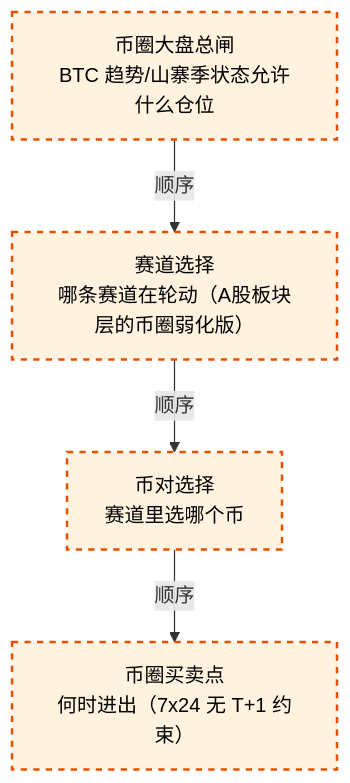
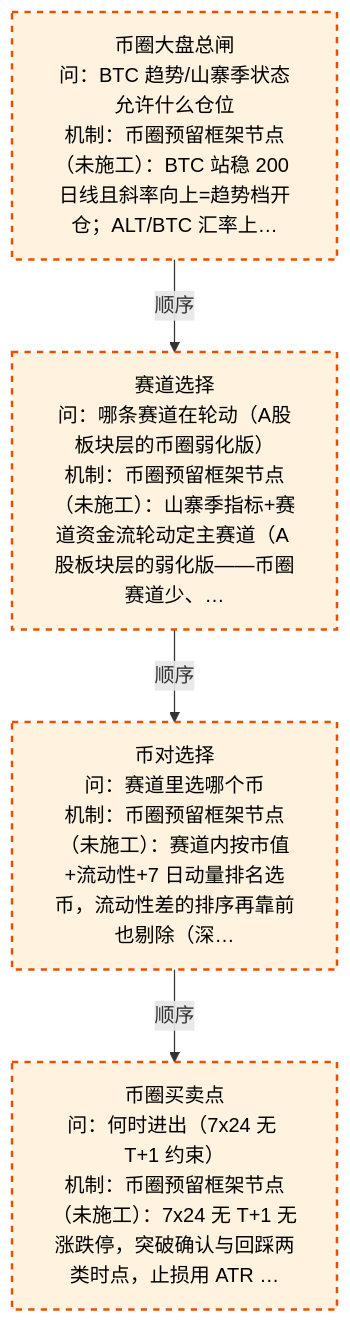
The diagram in docs/02_enterprise_architecture/10_trading_map/trading_map_00_panorama.md (xuanFelixVan/ZephyrAlpha), drawn with Mermaid before and after one commit. The commit also changed other lines of this file and 10 other files, not shown here.

````diff
--- a/docs/02_enterprise_architecture/10_trading_map/trading_map_00_panorama.md
+++ b/docs/02_enterprise_architecture/10_trading_map/trading_map_00_panorama.md
@@ -20,14 +21,14 @@
 ```mermaid
 flowchart TD
-  TDM_C_L1["币圈大盘总闸<br/>BTC 趋势/山寨季状态允许什么仓位"]
-  TDM_C_L2["赛道选择<br/>哪条赛道在轮动（A股板块层的币圈弱化版）"]
-  TDM_C_L3["币对选择<br/>赛道里选哪个币"]
-  TDM_C_L4["币圈买卖点<br/>何时进出（7x24 无 T+1 约束）"]
+  TDM_C_L1["币圈大盘总闸<br/>问：BTC 趋势/山寨季状态允许什么仓位<br/>机制：币圈预留框架节点（未施工）：BTC 站稳 200 日线且斜率向上=趋势档开仓；ALT/BTC 汇率上…"]
+  TDM_C_L2["赛道选择<br/>问：哪条赛道在轮动（A股板块层的币圈弱化版）<br/>机制：币圈预留框架节点（未施工）：山寨季指标+赛道资金流轮动定主赛道（A 股板块层的弱化版——币圈赛道少、…"]
+  TDM_C_L3["币对选择<br/>问：赛道里选哪个币<br/>机制：币圈预留框架节点（未施工）：赛道内按市值+流动性+7 日动量排名选币，流动性差的排序再靠前也剔除（深…"]
+  TDM_C_L4["币圈买卖点<br/>问：何时进出（7x24 无 T+1 约束）<br/>机制：币圈预留框架节点（未施工）：7x24 无 T+1 无涨跌停，突破确认与回踩两类时点，止损用 ATR …"]
   TDM_C_L1 -->|顺序| TDM_C_L2
   TDM_C_L2 -->|顺序| TDM_C_L3
   TDM_C_L3 -->|顺序| TDM_C_L4
   classDef production fill:#e1f5fe,stroke:#01579b,stroke-width:2px,color:#000;
   classDef design fill:#fff3e0,stroke:#e65100,stroke-width:2px,color:#000,stroke-dasharray: 5 5;
   classDef paper fill:#e8f5e9,stroke:#2e7d32,stroke-width:2.5px,color:#000;
   class TDM_C_L1,TDM_C_L2,TDM_C_L3,TDM_C_L4 design;
 ```
````
